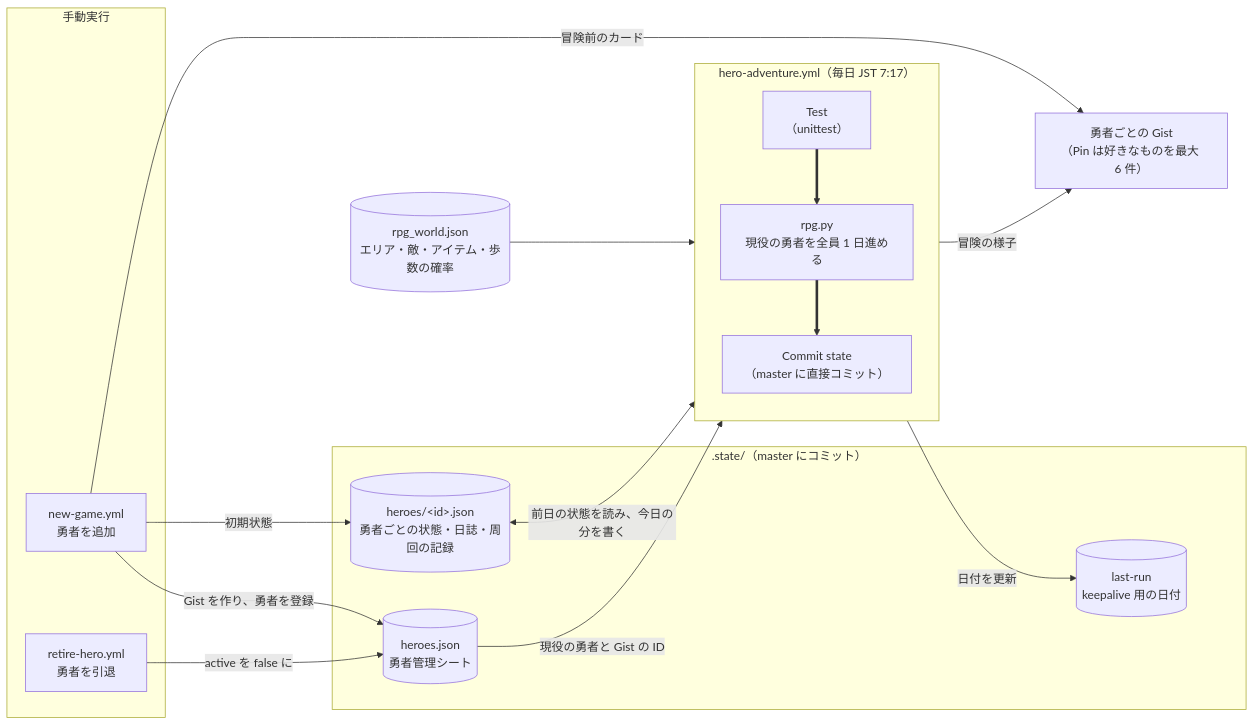
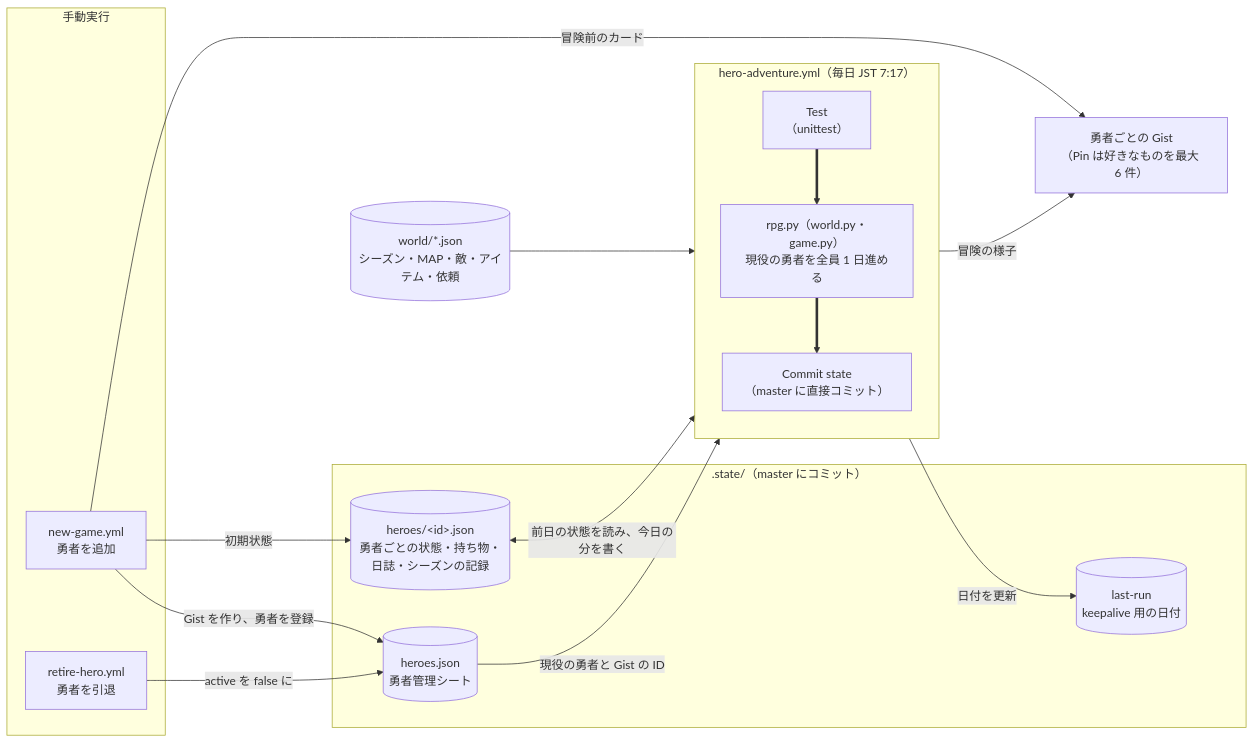
One commit to ot-nemoto/cryepis changed the first of 3 diagrams in docs/DATA_FLOW.md. Above: the diagram before and after it, drawn with Mermaid. The commit also changed other lines of this file and 16 other files, not shown here.

First line of the commit message:
feat: シーズン制 RPG の第 1 段階（MAP・ギルドの依頼・アイテムの持ち越し）

````diff
--- a/docs/DATA_FLOW.md
+++ b/docs/DATA_FLOW.md
@@ -7,34 +7,34 @@
 ```mermaid
 flowchart LR
     subgraph daily["hero-adventure.yml（毎日 JST 7:17）"]
         direction TB
         test["Test<br/>（unittest）"]
-        rpg["rpg.py<br/>現役の勇者を全員 1 日進める"]
+        rpg["rpg.py（world.py・game.py）<br/>現役の勇者を全員 1 日進める"]
         commit["Commit state<br/>（master に直接コミット）"]
         test ==> rpg ==> commit
     end
 
     subgraph manual["手動実行"]
         newgame["new-game.yml<br/>勇者を追加"]
         retire["retire-hero.yml<br/>勇者を引退"]
     end
 
     subgraph state[".state/（master にコミット）"]
         heroes[("heroes.json<br/>勇者管理シート")]
-        heroState[("heroes/&lt;id&gt;.json<br/>勇者ごとの状態・日誌・周回の記録")]
+        heroState[("heroes/&lt;id&gt;.json<br/>勇者ごとの状態・持ち物・日誌・シーズンの記録")]
         lastRun[("last-run<br/>keepalive 用の日付")]
     end
 
-    world[("rpg_world.json<br/>エリア・敵・アイテム・歩数の確率")]
+    world[("world/*.json<br/>シーズン・MAP・敵・アイテム・依頼")]
     gists["勇者ごとの Gist<br/>（Pin は好きなものを最大 6 件）"]
 
     world --> rpg
     heroes -->|"現役の勇者と Gist の ID"| rpg
     heroState <-->|"前日の状態を読み、今日の分を書く"| rpg
     rpg -->|"冒険の様子"| gists
     newgame -->|"Gist を作り、勇者を登録"| heroes
     newgame -->|"初期状態"| heroState
     newgame -->|"冒険前のカード"| gists
     retire -->|"active を false に"| heroes
     commit -->|"日付を更新"| lastRun
 ```
````
